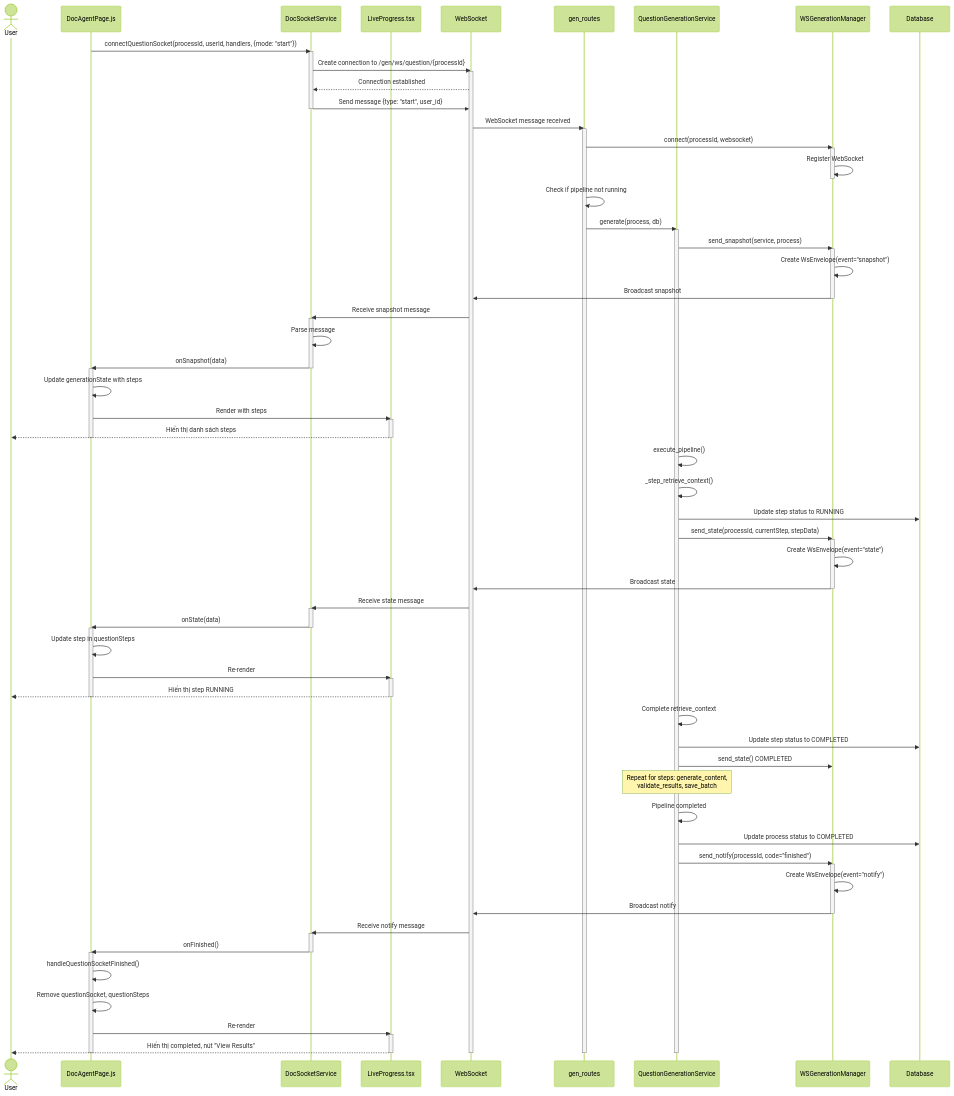
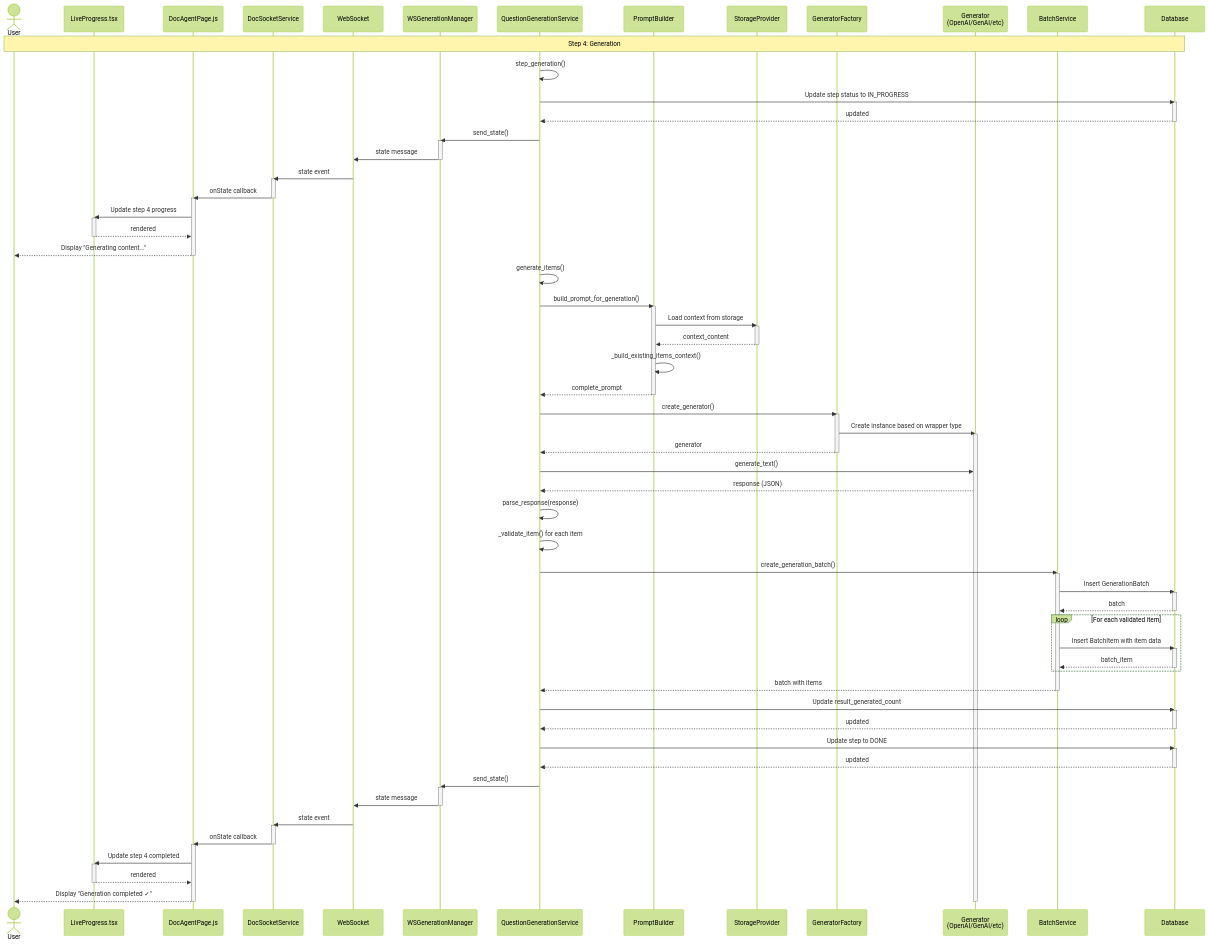
Before and after one commit to mduc-2610/gp_doc: the sixth of 12 diagrams in generation/4_generation_batch_seq.md, drawn with Mermaid (forest theme). The commit also changed other lines of this file and 10 other files, not shown here.

````diff
--- a/generation/4_generation_batch_seq.md
+++ b/generation/4_generation_batch_seq.md
@@ -77,108 +554,113 @@
 ```mermaid
 sequenceDiagram
     actor User
+    participant LiveProgress as LiveProgress.tsx
     participant DocAgentPage as DocAgentPage.js
     participant DocSocketService as DocSocketService
-    participant LiveProgress as LiveProgress.tsx
     participant WebSocket as WebSocket
-    participant GenRoutes as gen_routes
+    participant WSManager as WSGenerationManager
     participant QuestionGenService as QuestionGenerationService
-    participant WSManager as WSGenerationManager
+    participant PromptBuilder as PromptBuilder
+    participant StorageProvider as StorageProvider
+    participant GeneratorFactory as GeneratorFactory
+    participant Generator as Generator<br/>(OpenAI/GenAI/etc)
+    participant BatchService as BatchService
     participant DB as Database
 
-    DocAgentPage->>DocSocketService: connectQuestionSocket(processId, userId, handlers, {mode: "start"})
-    activate DocSocketService
-    DocSocketService->>WebSocket: Create connection to /gen/ws/question/{processId}
-    activate WebSocket
-    WebSocket-->>DocSocketService: Connection established
+    Note over User,DB: Step 4: Generation
+    QuestionGenService->>QuestionGenService: step_generation()
+    QuestionGenService->>DB: Update step status to IN_PROGRESS
+    activate DB
+    DB-->>QuestionGenService: updated
+    deactivate DB
     
-    DocSocketService->>WebSocket: Send message {type: "start", user_id}
-    deactivate DocSocketService
-    
-    WebSocket->>GenRoutes: WebSocket message received
-    activate GenRoutes
-    GenRoutes->>WSManager: connect(processId, websocket)
+    QuestionGenService->>WSManager: send_state()
     activate WSManager
-    WSManager->>WSManager: Register WebSocket
+    WSManager->>WebSocket: state message
     deactivate WSManager
     
-    GenRoutes->>GenRoutes: Check if pipeline not running
-    GenRoutes->>QuestionGenService: generate(process, db)
-    activate QuestionGenService
-    
-    QuestionGenService->>WSManager: send_snapshot(service, process)
-    activate WSManager
-    WSManager->>WSManager: Create WsEnvelope(event="snapshot")
-    WSManager->>WebSocket: Broadcast snapshot
-    deactivate WSManager
-    
-    WebSocket->>DocSocketService: Receive snapshot message
+    WebSocket->>DocSocketService: state event
     activate DocSocketService
-    DocSocketService->>DocSocketService: Parse message
-    DocSocketService->>DocAgentPage: onSnapshot(data)
+    DocSocketService->>DocAgentPage: onState callback
     deactivate DocSocketService
     
     activate DocAgentPage
-    DocAgentPage->>DocAgentPage: Update generationState with steps
-    DocAgentPage->>LiveProgress: Render with steps
+    DocAgentPage->>LiveProgress: Update step 4 progress
     activate LiveProgress
-    LiveProgress-->>User: Hiển thị danh sách steps
+    LiveProgress-->>DocAgentPage: rendered
     deactivate LiveProgress
+    DocAgentPage-->>User: Display "Generating content..."
     deactivate DocAgentPage
     
-    QuestionGenService->>QuestionGenService: execute_pipeline()
-    QuestionGenService->>QuestionGenService: _step_retrieve_context()
-    QuestionGenService->>DB: Update step status to RUNNING
+    QuestionGenService->>QuestionGenService: generate_items()
     
-    QuestionGenService->>WSManager: send_state(processId, currentStep, stepData)
+    QuestionGenService->>PromptBuilder: build_prompt_for_generation()
+    activate PromptBuilder
+    PromptBuilder->>StorageProvider: Load context from storage
+    activate StorageProvider
+    StorageProvider-->>PromptBuilder: context_content
+    deactivate StorageProvider
+    
+    PromptBuilder->>PromptBuilder: _build_existing_items_context()
+    PromptBuilder-->>QuestionGenService: complete_prompt
+    deactivate PromptBuilder
+    
+    QuestionGenService->>GeneratorFactory: create_generator()
+    activate GeneratorFactory
+    GeneratorFactory->>Generator: Create instance based on wrapper type
+    activate Generator
+    GeneratorFactory-->>QuestionGenService: generator
+    deactivate GeneratorFactory
+    
+    QuestionGenService->>Generator: generate_text()
+    Generator-->>QuestionGenService: response (JSON)
+    
+    QuestionGenService->>QuestionGenService: parse_response(response)
+    QuestionGenService->>QuestionGenService: _validate_item() for each item
+    
+    QuestionGenService->>BatchService: create_generation_batch()
+    activate BatchService
+    BatchService->>DB: Insert GenerationBatch
+    activate DB
+    DB-->>BatchService: batch
+    deactivate DB
+    
+    loop For each validated item
+        BatchService->>DB: Insert BatchItem with item data
+        activate DB
+        DB-->>BatchService: batch_item
+        deactivate DB
+    end
+    
+    BatchService-->>QuestionGenService: batch with items
+    deactivate BatchService
+    
+    QuestionGenService->>DB: Update result_generated_count
+    activate DB
+    DB-->>QuestionGenService: updated
+    deactivate DB
+    
+    QuestionGenService->>DB: Update step to DONE
+    activate DB
+    DB-->>QuestionGenService: updated
+    deactivate DB
+    
+    QuestionGenService->>WSManager: send_state()
     activate WSManager
-    WSManager->>WSManager: Create WsEnvelope(event="state")
-    WSManager->>WebSocket: Broadcast state
+    WSManager->>WebSocket: state message
     deactivate WSManager
     
-    WebSocket->>DocSocketService: Receive state message
+    WebSocket->>DocSocketService: state event
     activate DocSocketService
-    DocSocketService->>DocAgentPage: onState(data)
+    DocSocketService->>DocAgentPage: onState callback
     deactivate DocSocketService
     
     activate DocAgentPage
-    DocAgentPage->>DocAgentPage: Update step in questionSteps
-    DocAgentPage->>LiveProgress: Re-render
+    DocAgentPage->>LiveProgress: Update step 4 completed
     activate LiveProgress
-    LiveProgress-->>User: Hiển thị step RUNNING
+    LiveProgress-->>DocAgentPage: rendered
     deactivate LiveProgress
+    DocAgentPage-->>User: Display "Generation completed ✓"
     deactivate DocAgentPage
-    
-    QuestionGenService->>QuestionGenService: Complete retrieve_context
-    QuestionGenService->>DB: Update step status to COMPLETED
-    QuestionGenService->>WSManager: send_state() COMPLETED
-    
-    Note over QuestionGenService: Repeat for steps: generate_content,<br/>validate_results, save_batch
-    
-    QuestionGenService->>QuestionGenService: Pipeline completed
-    QuestionGenService->>DB: Update process status to COMPLETED
-    
-    QuestionGenService->>WSManager: send_notify(processId, code="finished")
-    activate WSManager
-    WSManager->>WSManager: Create WsEnvelope(event="notify")
-    WSManager->>WebSocket: Broadcast notify
-    deactivate WSManager
-    
-    WebSocket->>DocSocketService: Receive notify message
-    activate DocSocketService
-    DocSocketService->>DocAgentPage: onFinished()
-    deactivate DocSocketService
-    
-    activate DocAgentPage
-    DocAgentPage->>DocAgentPage: handleQuestionSocketFinished()
-    DocAgentPage->>DocAgentPage: Remove questionSocket, questionSteps
-    DocAgentPage->>LiveProgress: Re-render
-    activate LiveProgress
-    LiveProgress-->>User: Hiển thị completed, nút "View Results"
-    deactivate LiveProgress
-    deactivate DocAgentPage
-    
-    deactivate QuestionGenService
-    deactivate GenRoutes
-    deactivate WebSocket
+    deactivate Generator
 ```
````
